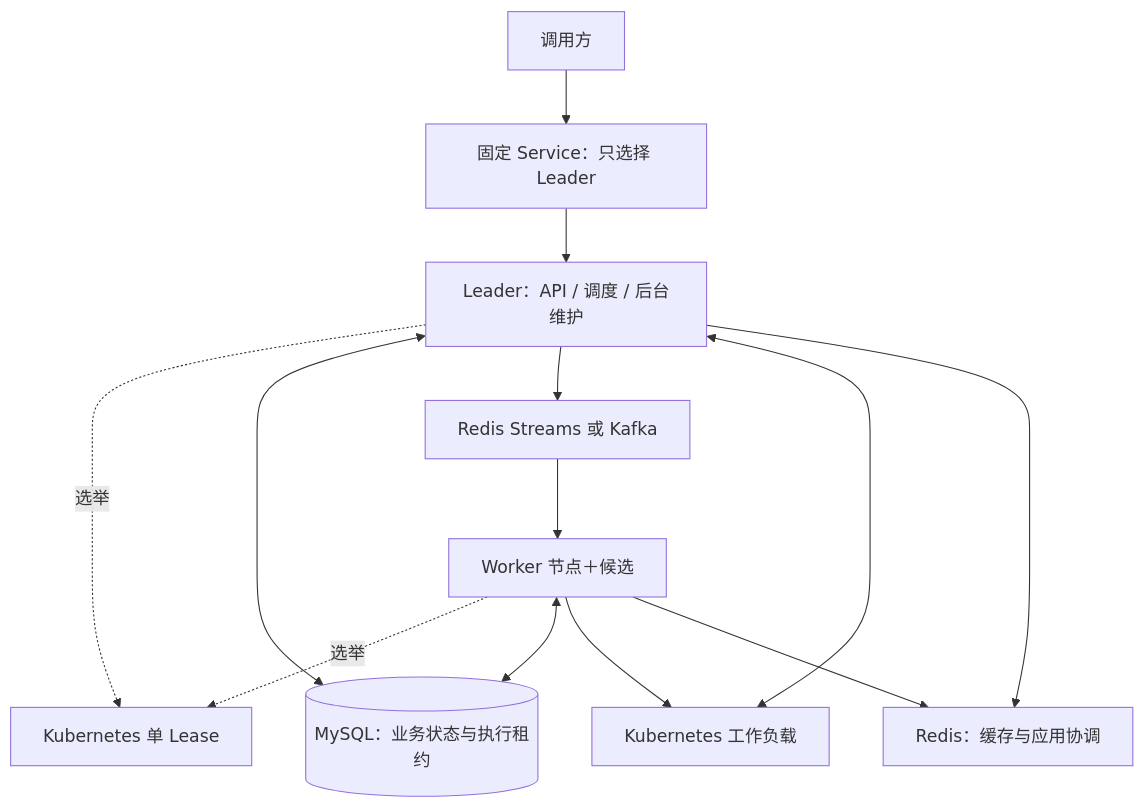
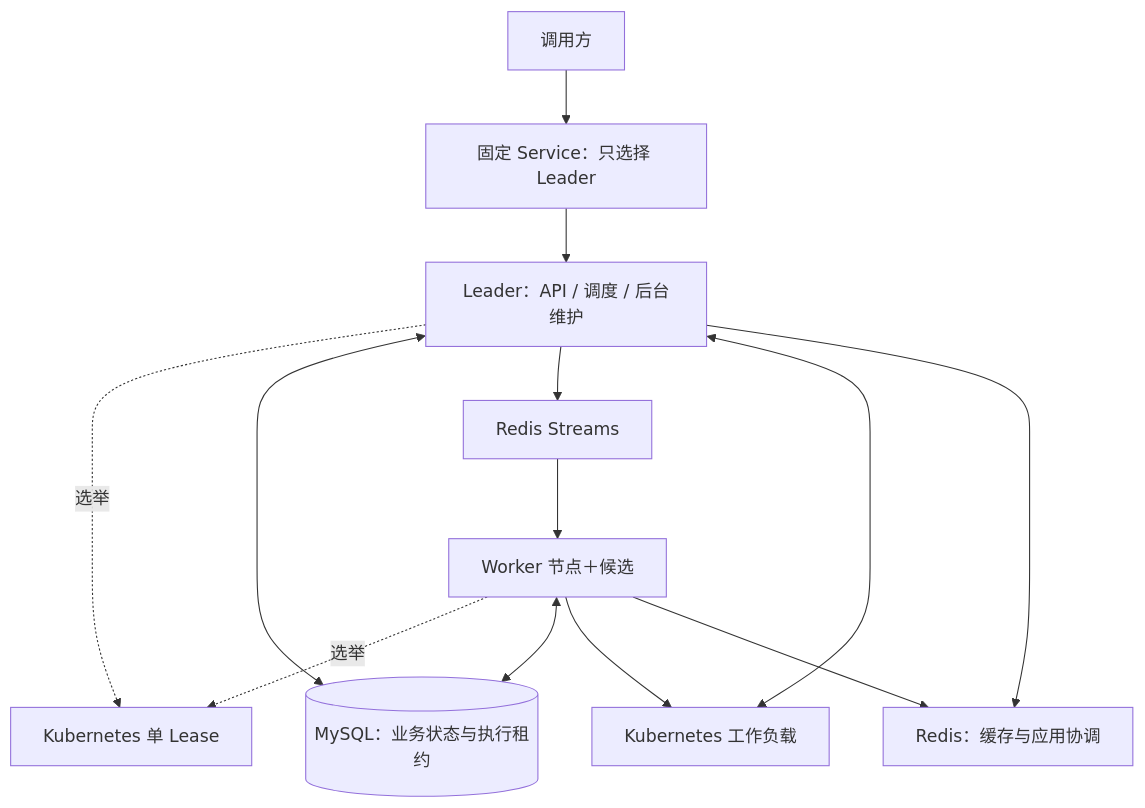
One commit to PixelCores/Eruun changed the diagram in README_zh.md. Above: the diagram before and after it, drawn with Mermaid. The commit also changed other lines of this file and 74 other files, not shown here.

````diff
--- a/README_zh.md
+++ b/README_zh.md
@@ -87,15 +87,15 @@
 ```mermaid
 flowchart TB
     Client[调用方] --> Service[固定 Service：只选择 Leader]
     Service --> Leader[Leader：API / 调度 / 后台维护]
     Leader -. 选举 .-> Lease[Kubernetes 单 Lease]
     Worker[Worker 节点＋候选] -. 选举 .-> Lease
     Leader <--> DB[(MySQL：业务状态与执行租约)]
-    Leader --> Queue[Redis Streams 或 Kafka]
+    Leader --> Queue[Redis Streams]
     Queue --> Worker
     Worker <--> DB
     Worker --> K8s[Kubernetes 工作负载]
     Leader <--> K8s
     Leader --> Redis[Redis：缓存与应用协调]
     Worker --> Redis
 ```
````
